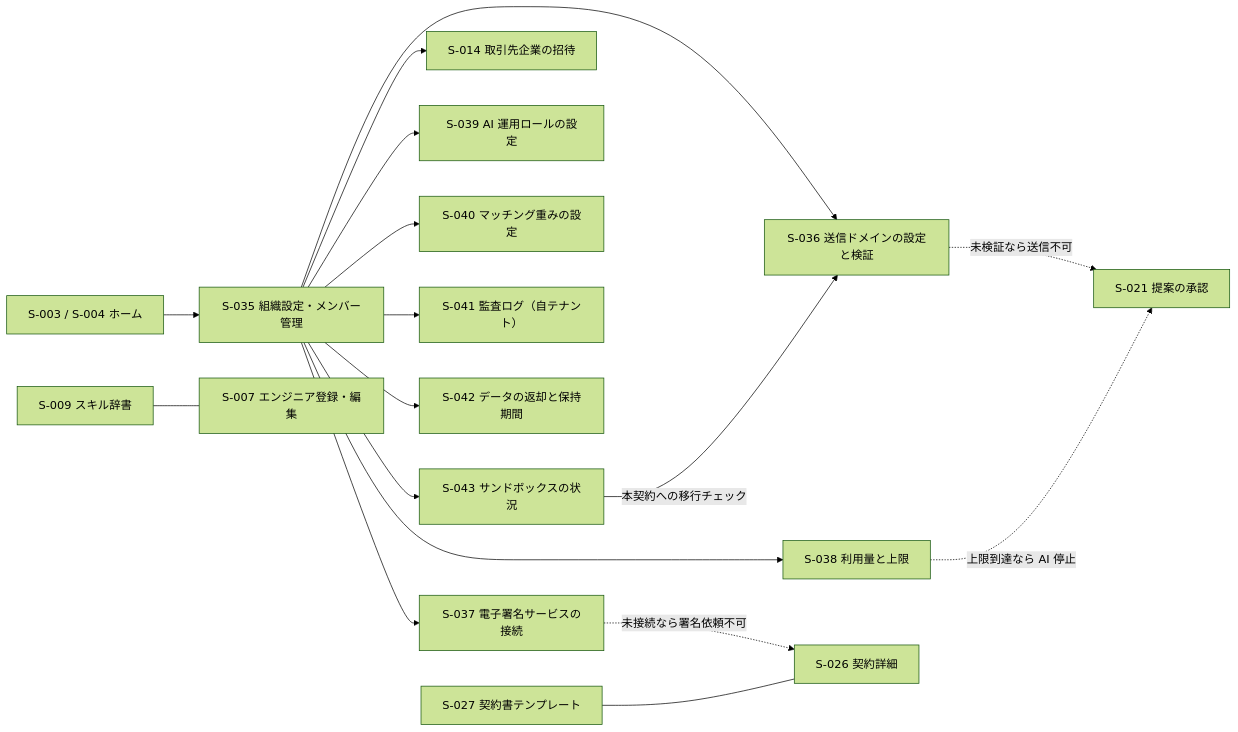
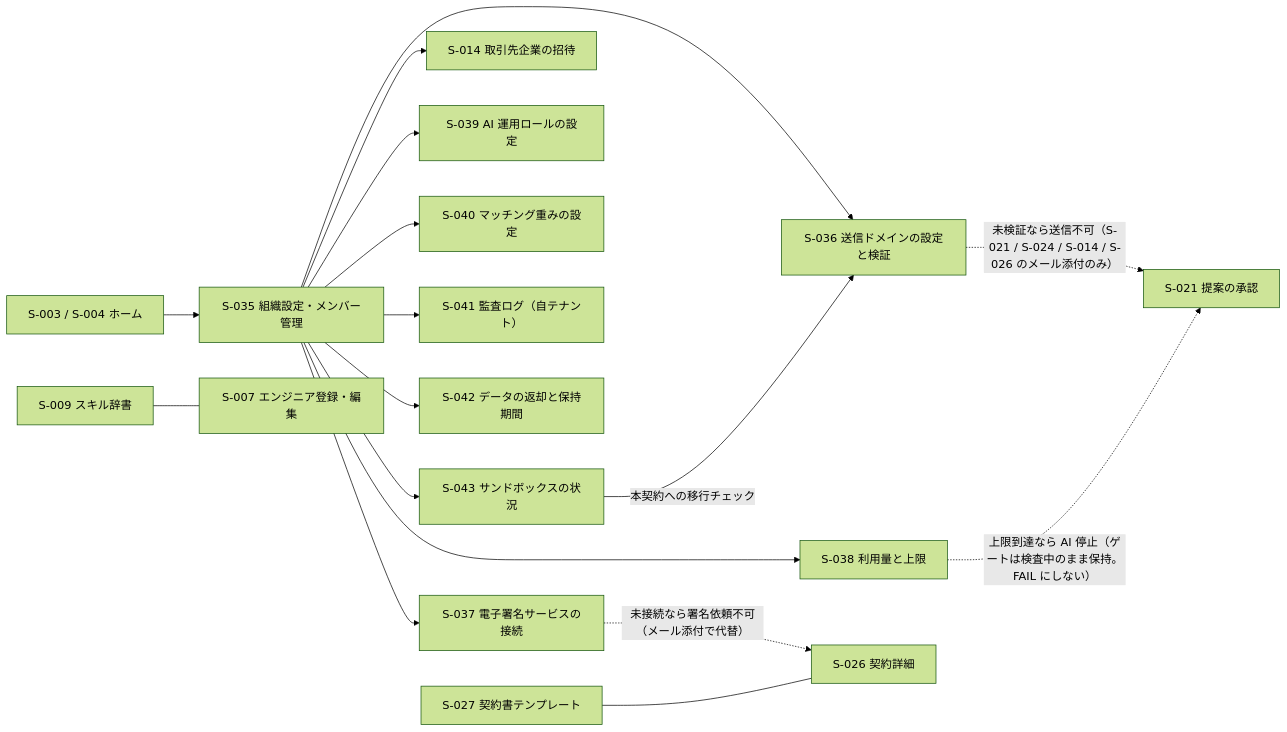
The third of 4 diagrams in docs/04-ui-design.md (Festal-KM/SES-Platform), drawn with Mermaid (forest theme) before and after one commit. The commit also changed other lines of this file, not shown here.

````diff
--- a/docs/04-ui-design.md
+++ b/docs/04-ui-design.md
@@ -206,19 +219,19 @@
 ```mermaid
 flowchart LR
   S003["S-003 / S-004 ホーム"] --> S035["S-035 組織設定・メンバー管理"]
   S035 --> S036["S-036 送信ドメインの設定と検証"]
   S035 --> S037["S-037 電子署名サービスの接続"]
   S035 --> S014["S-014 取引先企業の招待"]
   S035 --> S038["S-038 利用量と上限"]
   S035 --> S039["S-039 AI 運用ロールの設定"]
   S035 --> S040["S-040 マッチング重みの設定"]
   S035 --> S041["S-041 監査ログ（自テナント）"]
   S035 --> S042["S-042 データの返却と保持期間"]
   S035 --> S043["S-043 サンドボックスの状況"]
-  S036 -.->|"未検証なら送信不可"| S021["S-021 提案の承認"]
-  S037 -.->|"未接続なら署名依頼不可"| S026["S-026 契約詳細"]
-  S038 -.->|"上限到達なら AI 停止"| S021
+  S036 -.->|"未検証なら送信不可（S-021 / S-024 / S-014 / S-026 のメール添付のみ）"| S021["S-021 提案の承認"]
+  S037 -.->|"未接続なら署名依頼不可（メール添付で代替）"| S026["S-026 契約詳細"]
+  S038 -.->|"上限到達なら AI 停止（ゲートは検査中のまま保持。FAIL にしない）"| S021
   S043 -->|"本契約への移行チェック"| S036
   S009["S-009 スキル辞書"] --- S007["S-007 エンジニア登録・編集"]
   S027["S-027 契約書テンプレート"] --- S026
 ```
````
